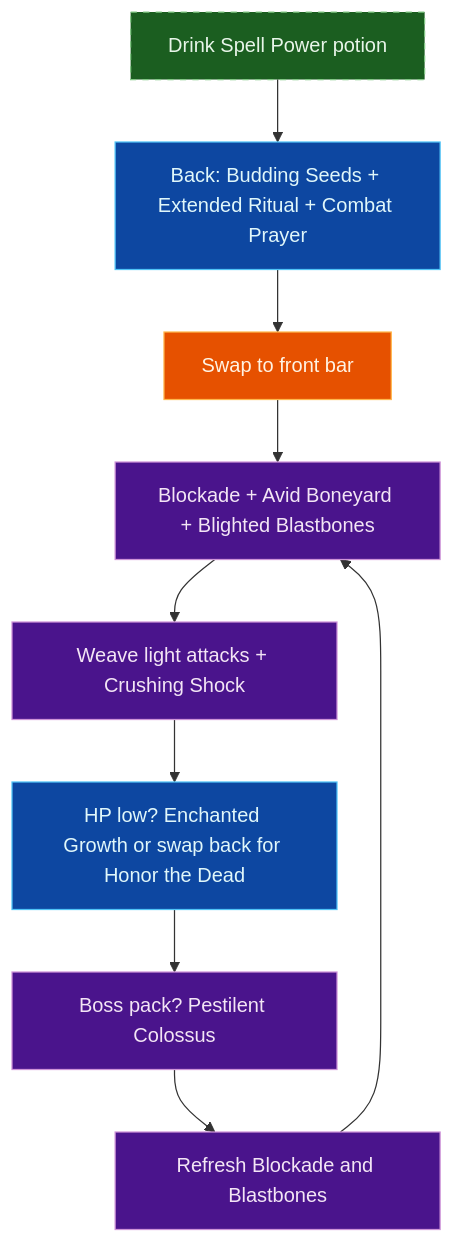
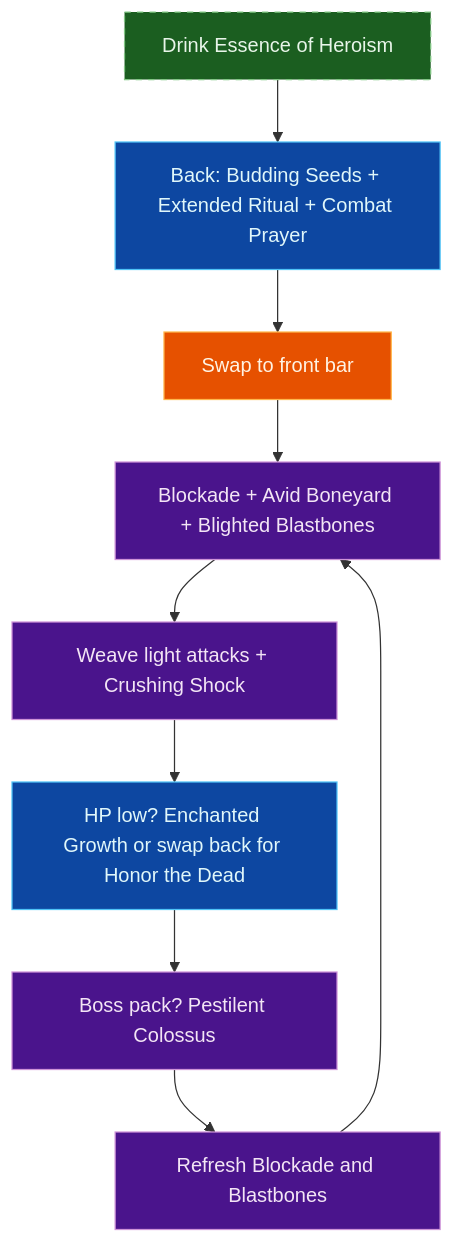
One commit to solaegis/CharacterMarkdown changed the second of 3 diagrams in examples/solaegis/na/silent_snow_falls_plan.md. Above: the diagram before and after it, drawn with Mermaid. The commit also changed other lines of this file and 23 other files, not shown here.

````diff
--- a/examples/solaegis/na/silent_snow_falls_plan.md
+++ b/examples/solaegis/na/silent_snow_falls_plan.md
@@ -115,16 +115,16 @@
 ```mermaid
 flowchart TD
     classDef start fill:#1B5E20,stroke:#81C784,stroke-dasharray:5 5,color:#E8F5E9
     classDef backbar fill:#0D47A1,stroke:#4FC3F7,color:#E0F7FA
     classDef swap fill:#E65100,stroke:#FFB74D,color:#FFF3E3
     classDef frontbar fill:#4A148C,stroke:#CE93D8,color:#F3E5F5
 
-    A["Drink Spell Power potion"]:::start --> B["Back: Budding Seeds + Extended Ritual + Combat Prayer"]:::backbar
+    A["Drink Essence of Heroism"]:::start --> B["Back: Budding Seeds + Extended Ritual + Combat Prayer"]:::backbar
     B --> C["Swap to front bar"]:::swap
     C --> D["Blockade + Avid Boneyard + Blighted Blastbones"]:::frontbar
     D --> E["Weave light attacks + Crushing Shock"]:::frontbar
     E --> F["HP low? Enchanted Growth or swap back for Honor the Dead"]:::backbar
     F --> G["Boss pack? Pestilent Colossus"]:::frontbar
     G --> H["Refresh Blockade and Blastbones"]:::frontbar
     H --> D
 ```
````
